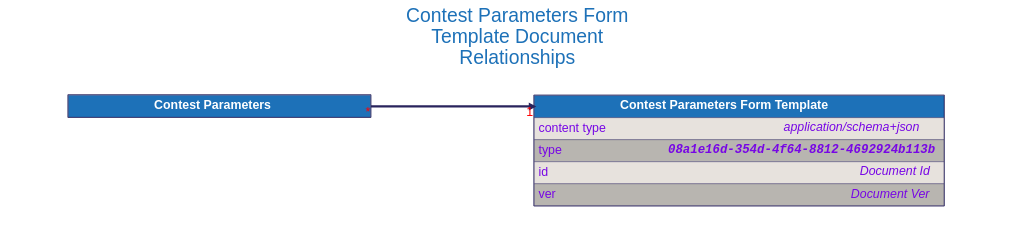
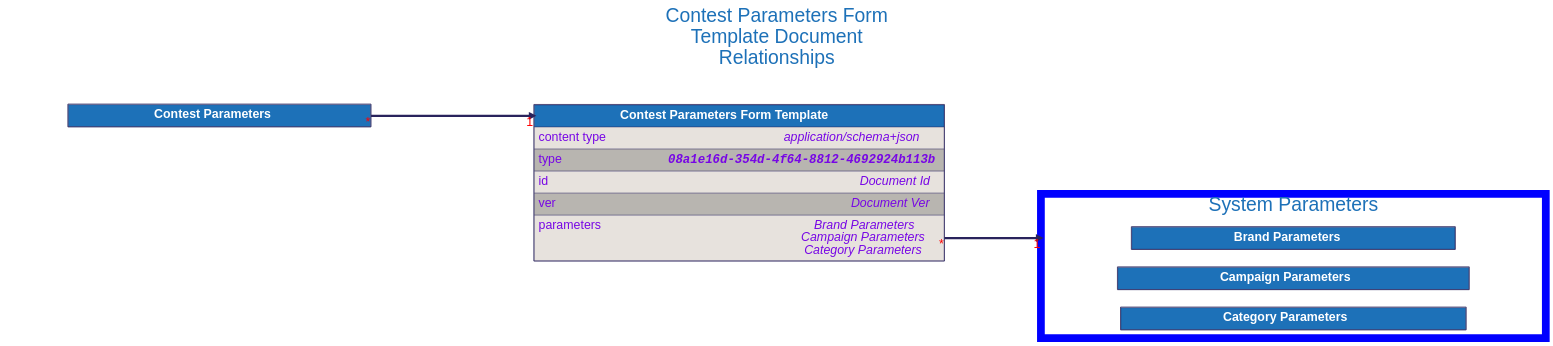
One commit to input-output-hk/catalyst-libs changed the diagram in docs/src/architecture/08_concepts/signed_doc/diagrams/contest_parameters_form_template.dot. Above: the diagram before and after it, drawn with Graphviz. The commit also changed 17 other files, not shown here.

Commit message:
fix(docs): Template refrences to parameters, and changes

```diff
--- a/docs/src/architecture/08_concepts/signed_doc/diagrams/contest_parameters_form_template.dot
+++ b/docs/src/architecture/08_concepts/signed_doc/diagrams/contest_parameters_form_template.dot
@@ -1,88 +1,150 @@
 digraph "Contest Parameters Form Template" {
     rankdir="LR"
     graph [fontname="helvetica", fontsize="32", fontcolor="#29235c", bgcolor="white"];
     node [penwidth="0", margin="0", fontname="helvetica", fontsize="32", fontcolor="#29235c"];
     edge [fontname="helvetica", fontsize="32", fontcolor="red", color="#29235c"];
 
     labelloc="t"
     label="Contest Parameters Form
 Template Document
 Relationships"
     fontcolor="#1d71b8"
     fontsize=50
     compound=true
 
 
+
+    subgraph cluster_system_parameters {
+        label = "System Parameters";
+        color=blue
+        penwidth=20
+
+        "Brand Parameters" [
+            id="Brand Parameters";
+            label=<
+                <TABLE BORDER="2" COLOR="#29235c" CELLBORDER="1" CELLSPACING="0" CELLPADDING="10">
+                <TR>
+                    <TD PORT="title" BGCOLOR="#1d71b8" HREF="../brand_parameters/">
+                        <FONT COLOR="#ffffff"><B> Brand Parameters </B></FONT>
+                    </TD>
+                </TR>
+
+                </TABLE>
+            >
+        ];
+
+
+        "Campaign Parameters" [
+            id="Campaign Parameters";
+            label=<
+                <TABLE BORDER="2" COLOR="#29235c" CELLBORDER="1" CELLSPACING="0" CELLPADDING="10">
+                <TR>
+                    <TD PORT="title" BGCOLOR="#1d71b8" HREF="../campaign_parameters/">
+                        <FONT COLOR="#ffffff"><B> Campaign Parameters </B></FONT>
+                    </TD>
+                </TR>
+
+                </TABLE>
+            >
+        ];
+
+
+        "Category Parameters" [
+            id="Category Parameters";
+            label=<
+                <TABLE BORDER="2" COLOR="#29235c" CELLBORDER="1" CELLSPACING="0" CELLPADDING="10">
+                <TR>
+                    <TD PORT="title" BGCOLOR="#1d71b8" HREF="../category_parameters/">
+                        <FONT COLOR="#ffffff"><B> Category Parameters </B></FONT>
+                    </TD>
+                </TR>
+
+                </TABLE>
+            >
+        ];
+
+    }
 
     "Contest Parameters Form Template" [
         id="Contest Parameters Form Template";
         label=<
             <TABLE BORDER="2" COLOR="#29235c" CELLBORDER="1" CELLSPACING="0" CELLPADDING="10">
             <TR>
                 <TD PORT="title" BGCOLOR="#1d71b8" HREF="../contest_parameters_form_template/">
                     <FONT COLOR="#ffffff"><B> Contest Parameters Form Template </B></FONT>
                 </TD>
             </TR>
             <TR>
                 <TD ALIGN="LEFT" PORT="content type" BGCOLOR="#e7e2dd">
                     <TABLE CELLPADDING="0" CELLSPACING="0" BORDER="0">
                         <TR>
                             <TD ALIGN="LEFT" VALIGN="TOP" WIDTH="200"><FONT COLOR="#7706E5">content type</FONT></TD>
                             <TD ALIGN="RIGHT"><FONT COLOR="#7706E5"><I>application/schema+json</I></FONT></TD>
                         </TR>
                     </TABLE>
                 </TD>
             </TR>
             <TR>
                 <TD ALIGN="LEFT" PORT="type" BGCOLOR="#b8b5b0">
                     <TABLE CELLPADDING="0" CELLSPACING="0" BORDER="0">
                         <TR>
                             <TD ALIGN="LEFT" VALIGN="TOP" WIDTH="200"><FONT COLOR="#7706E5">type</FONT></TD>
                             <TD ALIGN="RIGHT"><FONT FACE="Courier" COLOR="#7706E5"><B><I>08a1e16d-354d-4f64-8812-4692924b113b</I></B></FONT></TD>
                         </TR>
                     </TABLE>
                 </TD>
             </TR>
             <TR>
                 <TD ALIGN="LEFT" PORT="id" BGCOLOR="#e7e2dd">
                     <TABLE CELLPADDING="0" CELLSPACING="0" BORDER="0">
                         <TR>
                             <TD ALIGN="LEFT" VALIGN="TOP" WIDTH="200"><FONT COLOR="#7706E5">id</FONT></TD>
                             <TD ALIGN="RIGHT"><FONT COLOR="#7706E5"><I>Document Id</I></FONT></TD>
                         </TR>
                     </TABLE>
                 </TD>
             </TR>
             <TR>
                 <TD ALIGN="LEFT" PORT="ver" BGCOLOR="#b8b5b0">
                     <TABLE CELLPADDING="0" CELLSPACING="0" BORDER="0">
                         <TR>
                             <TD ALIGN="LEFT" VALIGN="TOP" WIDTH="200"><FONT COLOR="#7706E5">ver</FONT></TD>
                             <TD ALIGN="RIGHT"><FONT COLOR="#7706E5"><I>Document Ver</I></FONT></TD>
                         </TR>
                     </TABLE>
                 </TD>
             </TR>
+            <TR>
+                <TD ALIGN="LEFT" PORT="parameters" BGCOLOR="#e7e2dd">
+                    <TABLE CELLPADDING="0" CELLSPACING="0" BORDER="0">
+                        <TR>
+                            <TD ALIGN="LEFT" VALIGN="TOP" WIDTH="200"><FONT COLOR="#7706E5">parameters</FONT></TD>
+                            <TD ALIGN="RIGHT"><FONT COLOR="#7706E5"><I>Brand Parameters<BR />Campaign Parameters<BR />Category Parameters</I></FONT></TD>
+                        </TR>
+                    </TABLE>
+                </TD>
+            </TR>
 
             </TABLE>
         >
     ];
 
 
     "Contest Parameters" [
         id="Contest Parameters";
         label=<
             <TABLE BORDER="2" COLOR="#29235c" CELLBORDER="1" CELLSPACING="0" CELLPADDING="10">
             <TR>
                 <TD PORT="title" BGCOLOR="#1d71b8" HREF="../contest_parameters/">
                     <FONT COLOR="#ffffff"><B> Contest Parameters </B></FONT>
                 </TD>
             </TR>
 
             </TABLE>
         >
     ];
 
 
+    "Contest Parameters Form Template":"parameters":e -> "Brand Parameters" [dir=forward, penwidth=6, color="#29235c", headlabel="1", taillabel="*", lhead="cluster_system_parameters"]
     "Contest Parameters":"title":e -> "Contest Parameters Form Template":"title":w [dir=forward, penwidth=6, color="#29235c", headlabel="1", taillabel="*"]
 }
```
